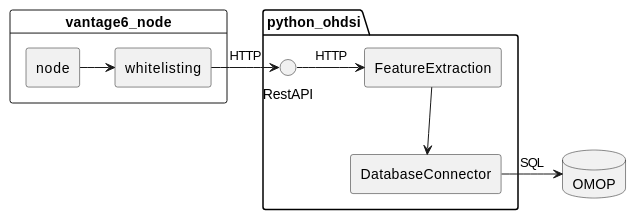
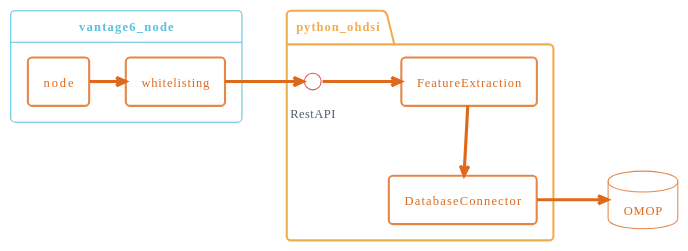
One commit to vantage6/python-ohdsi changed the second of 2 diagrams in docs/index.rst. Above: the diagram before and after it, drawn with PlantUML. The commit also changed other lines of this file, not shown here.

Commit message:
Added theme to plantuml graph

```diff
--- a/docs/index.rst
+++ b/docs/index.rst
@@ -92,25 +94,26 @@
 .. uml::
 
     @startuml
+    !theme superhero-outline
 
     database OMOP as OMOP
 
     folder python_ohdsi as API {
         interface RestAPI
         rectangle DatabaseConnector
         rectangle FeatureExtraction
     }
 
     card vantage6_node as v6 {
 
         rectangle node
         rectangle whitelisting
 
     }
 
     node -> whitelisting
     whitelisting -> RestAPI : HTTP
     RestAPI -> FeatureExtraction : HTTP
     FeatureExtraction --> DatabaseConnector
     OMOP <- DatabaseConnector  : SQL
     @enduml
```
